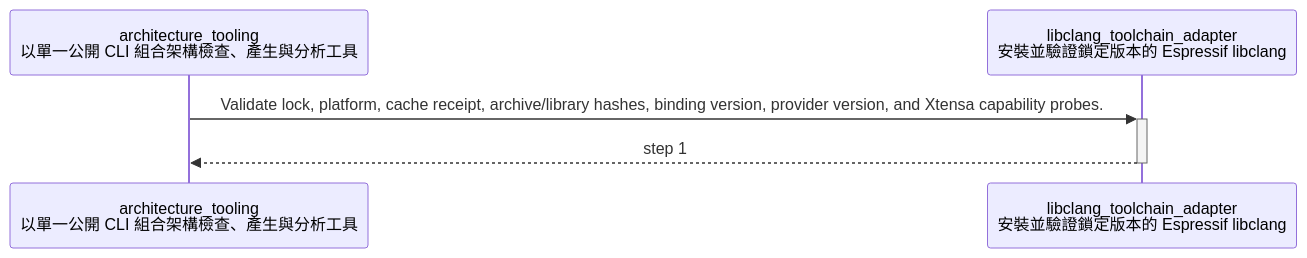
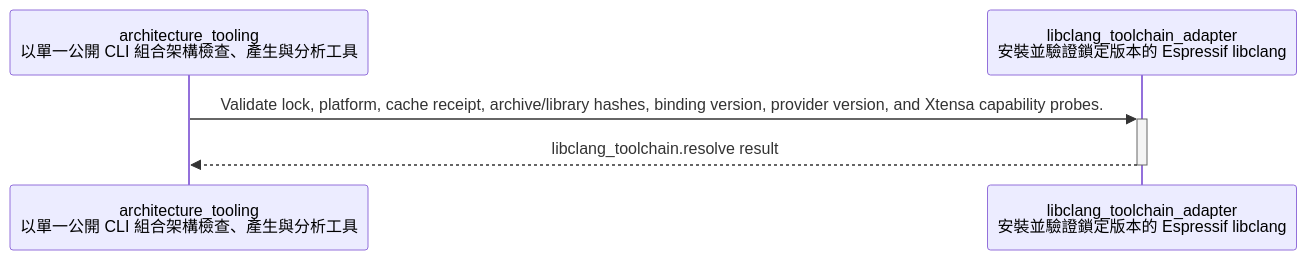
The third of 3 diagrams in skills/engineering/govern-modular-event-architecture/architecture/generated/architecture_tooling.md (ShinWeiPeng/skills), drawn with Mermaid before and after one commit. The commit also changed 39 other files, not shown here.

````diff
--- a/skills/engineering/govern-modular-event-architecture/architecture/generated/architecture_tooling.md
+++ b/skills/engineering/govern-modular-event-architecture/architecture/generated/architecture_tooling.md
@@ -122,7 +122,7 @@
 ```mermaid
 sequenceDiagram
     participant n_architecture_tooling as architecture_tooling<br/>以單一公開 CLI 組合架構檢查、產生與分析工具
     participant n_libclang_toolchain_adapter as libclang_toolchain_adapter<br/>安裝並驗證鎖定版本的 Espressif libclang
     n_architecture_tooling->>+n_libclang_toolchain_adapter: Validate lock, platform, cache receipt, archive/library hashes, binding version, provider version, and Xtensa capability probes.
-    n_libclang_toolchain_adapter-->>-n_architecture_tooling: step 1
+    n_libclang_toolchain_adapter-->>-n_architecture_tooling: libclang_toolchain.resolve result
 ```
````
